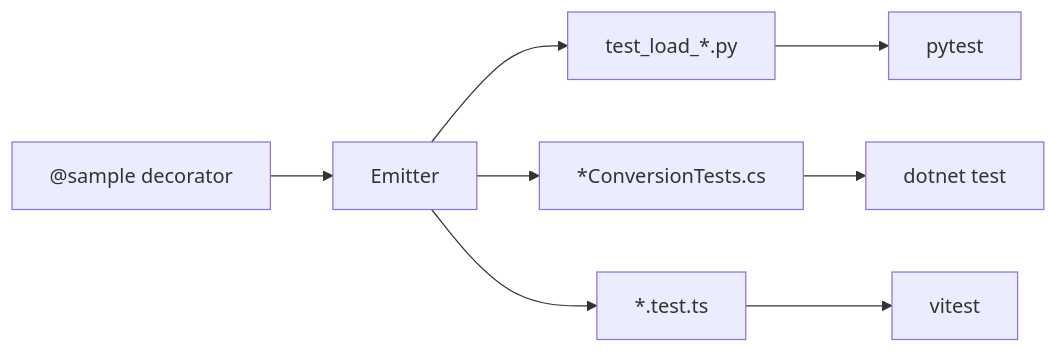
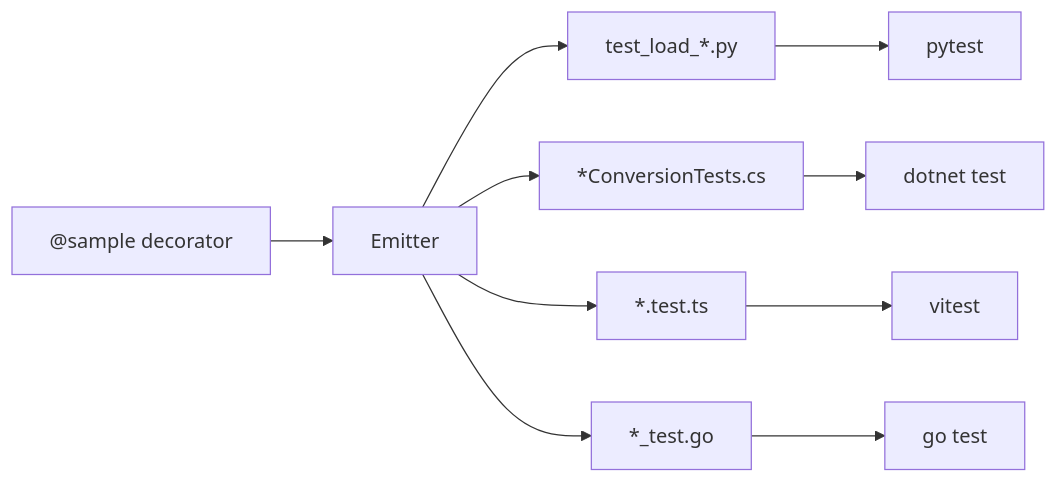
Before and after one commit to microsoft/AgentSchema: the diagram in docs/src/content/docs/contributing/testing.mdx, drawn with Mermaid. The commit also changed 9 other files, not shown here.

````diff
--- a/docs/src/content/docs/contributing/testing.mdx
+++ b/docs/src/content/docs/contributing/testing.mdx
@@ -51,10 +51,12 @@
 ```mermaid
 flowchart LR
     A["@sample decorator"] --> B[Emitter]
     B --> C[test_load_*.py]
     B --> D[*ConversionTests.cs]
     B --> E[*.test.ts]
+    B --> I[*_test.go]
     C --> F[pytest]
     D --> G[dotnet test]
     E --> H[vitest]
+    I --> J[go test]
 ```
````
